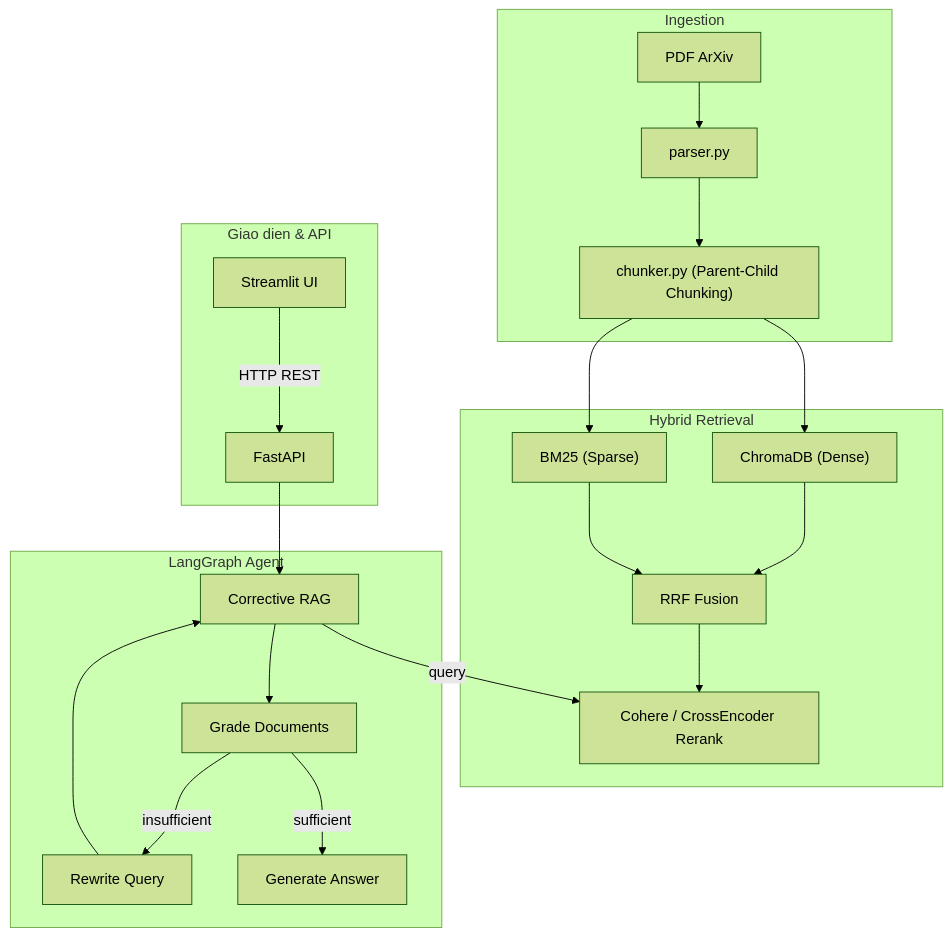
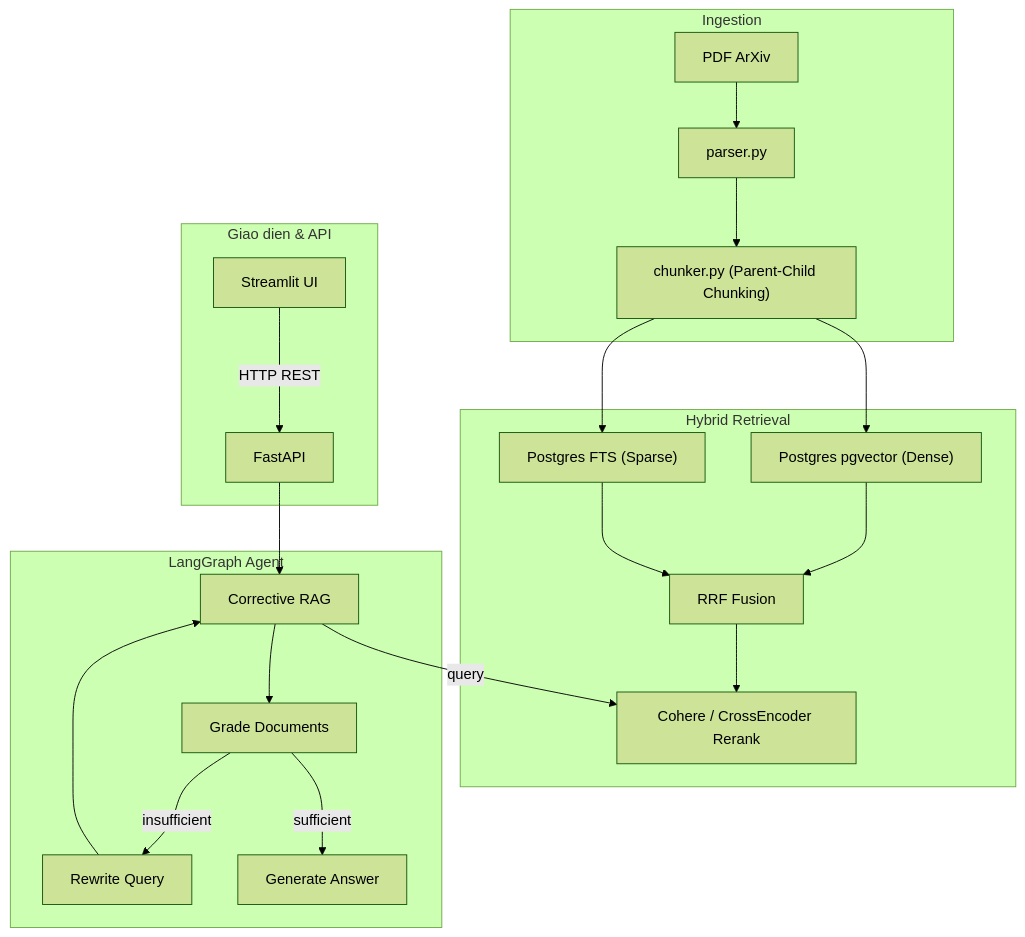
Before and after one commit to KhoaYakult/arxiv-agentic-rag: the diagram in README.md, drawn with Mermaid (forest theme). The commit also changed other lines of this file and 3 other files, not shown here.

````diff
--- a/README.md
+++ b/README.md
@@ -5,27 +5,27 @@
 ```mermaid
 flowchart TD
     subgraph UI_API ["Giao dien & API"]
         ST["Streamlit UI"] -->|HTTP REST| API["FastAPI"]
     end
 
     subgraph INGESTION ["Ingestion"]
         PDF["PDF ArXiv"] --> PARSER["parser.py"]
         PARSER --> CHUNKER["chunker.py (Parent-Child Chunking)"]
     end
 
     subgraph RETRIEVAL ["Hybrid Retrieval"]
-        CHUNKER --> VDB["ChromaDB (Dense)"]
-        CHUNKER --> BM25["BM25 (Sparse)"]
-        VDB & BM25 --> HYBRID["RRF Fusion"]
+        CHUNKER --> VDB["Postgres pgvector (Dense)"]
+        CHUNKER --> FTS["Postgres FTS (Sparse)"]
+        VDB & FTS --> HYBRID["RRF Fusion"]
         HYBRID --> RERANK["Cohere / CrossEncoder Rerank"]
     end
 
     subgraph AGENT ["LangGraph Agent"]
         API --> GRAPH["Corrective RAG"]
         GRAPH -->|query| RERANK
         GRAPH --> GRADE["Grade Documents"]
         GRADE -->|insufficient| REWRITE["Rewrite Query"]
         REWRITE --> GRAPH
         GRADE -->|sufficient| GEN["Generate Answer"]
     end
 ```
````
